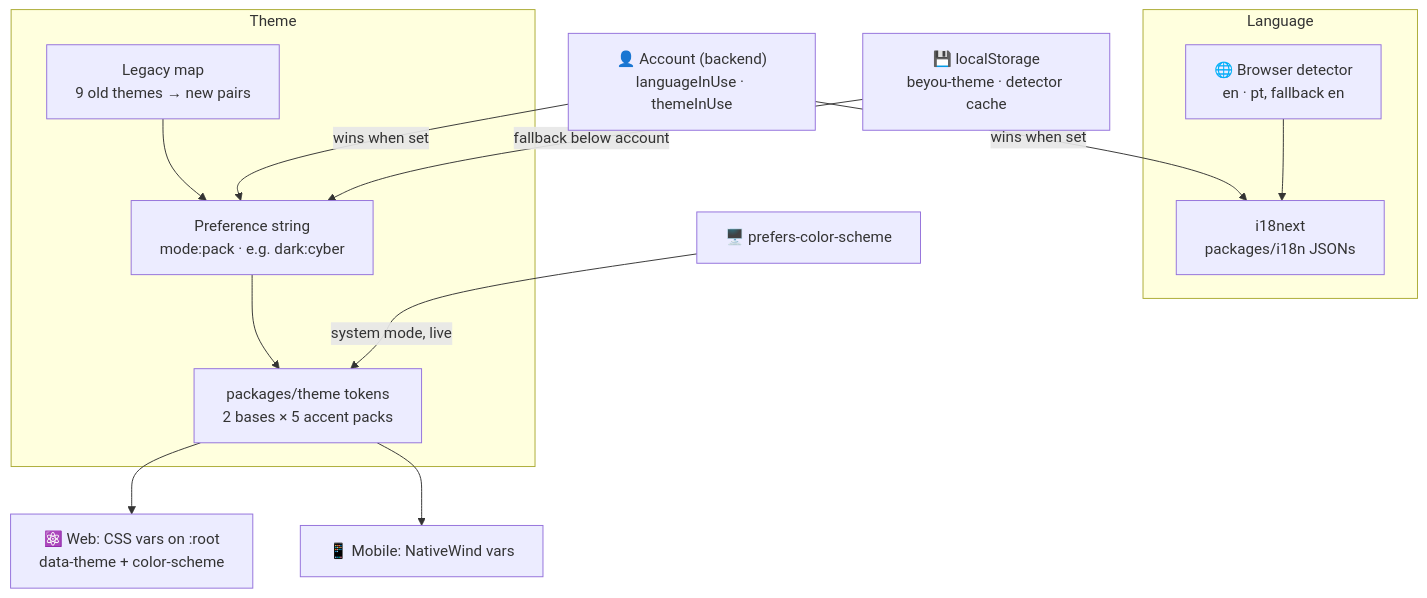
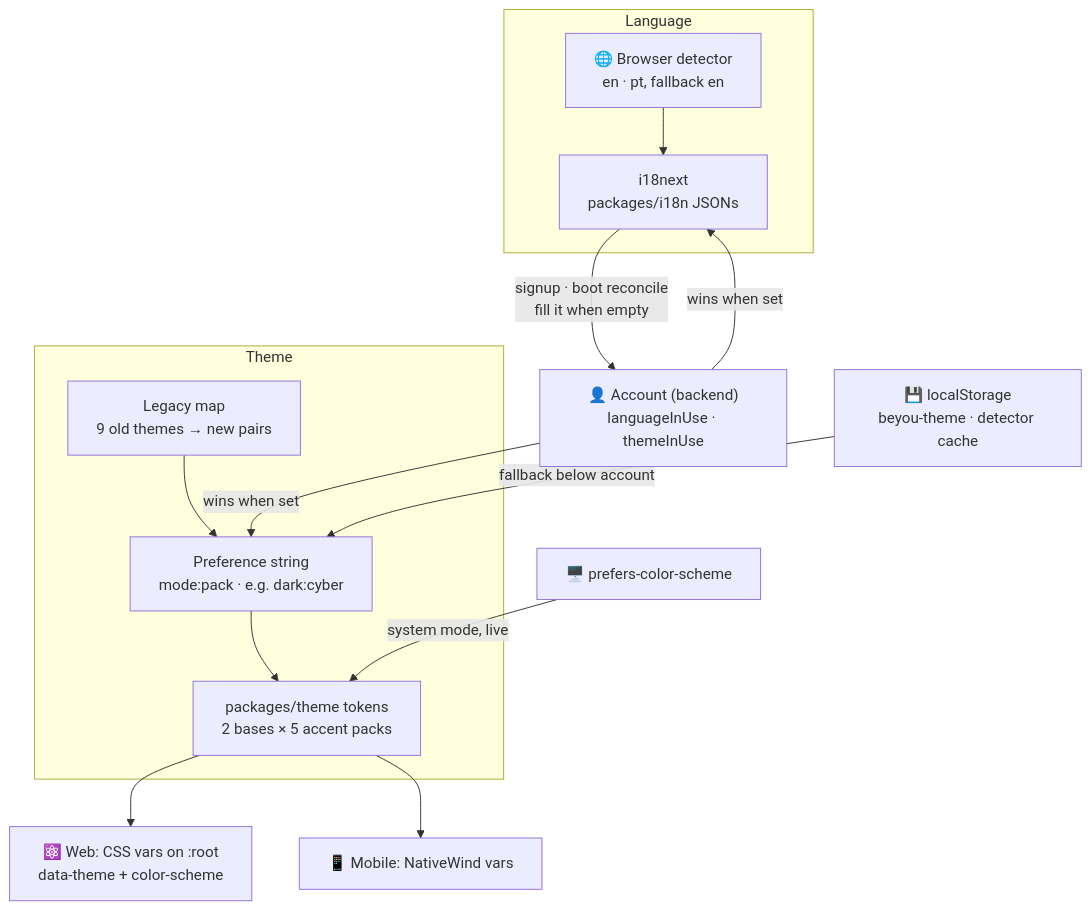
One commit to AndDev741/Beyou-arch-design changed the diagram in architecture/language-theme/diagram.mmd. Above: the diagram before and after it, drawn with Mermaid. The commit also changed 13 other files, not shown here.

First line of the commit message:
docs: where the account language comes from; AI flows outside the chain

```diff
--- a/architecture/language-theme/diagram.mmd
+++ b/architecture/language-theme/diagram.mmd
@@ -1,25 +1,26 @@
 flowchart TD
   subgraph lang["Language"]
     DET["🌐 Browser detector<br/>en · pt, fallback en"]
     I18N["i18next<br/>packages/i18n JSONs"]
     DET --> I18N
   end
 
   subgraph theme["Theme"]
     PREF["Preference string<br/>mode:pack · e.g. dark:cyber"]
     TOK["packages/theme tokens<br/>2 bases × 5 accent packs"]
     LEG["Legacy map<br/>9 old themes → new pairs"]
     PREF --> TOK
     LEG --> PREF
   end
 
   ACC["👤 Account (backend)<br/>languageInUse · themeInUse"]
   LOC["💾 localStorage<br/>beyou-theme · detector cache"]
 
   ACC -->|"wins when set"| I18N
+  I18N -->|"signup · boot reconcile<br/>fill it when empty"| ACC
   ACC -->|"wins when set"| PREF
   LOC -->|"fallback below account"| PREF
 
   TOK --> WEB["⚛️ Web: CSS vars on :root<br/>data-theme + color-scheme"]
   TOK --> MOB["📱 Mobile: NativeWind vars"]
   OS["🖥️ prefers-color-scheme"] -->|"system mode, live"| TOK
```
